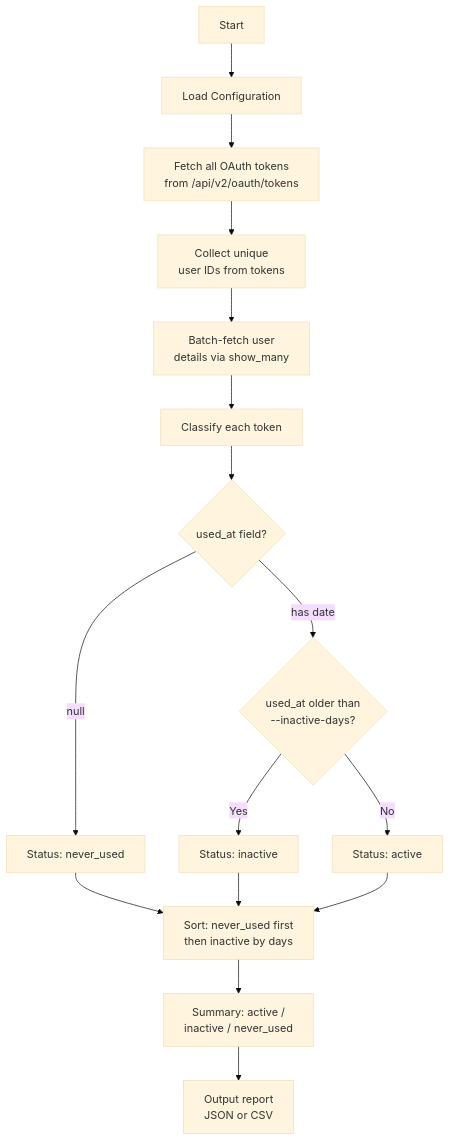
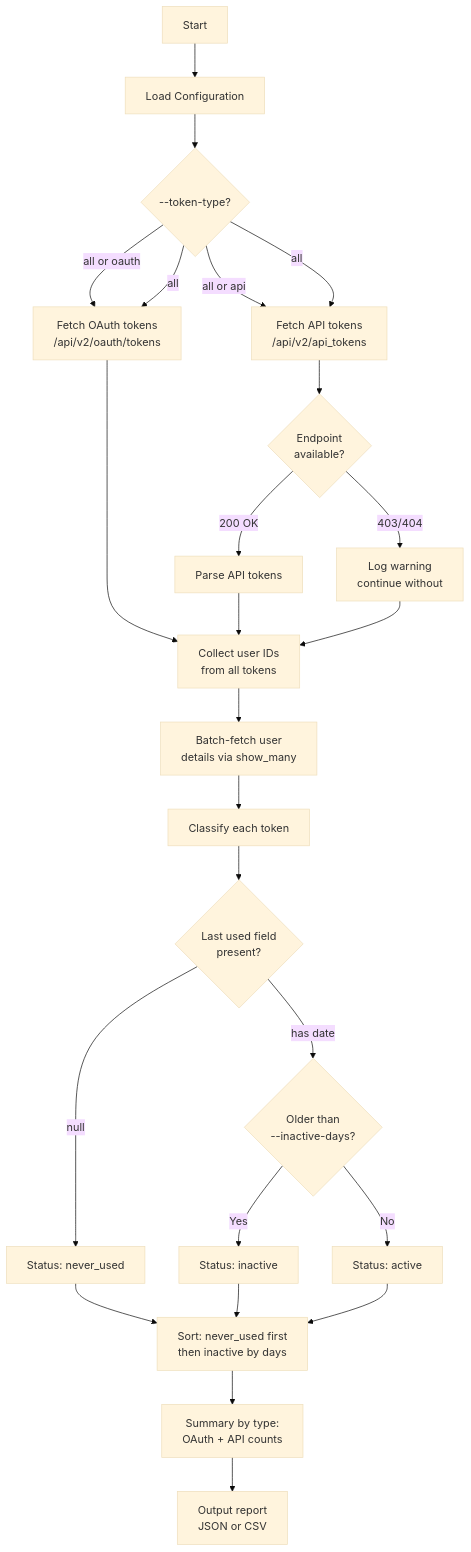
The ninth of 9 diagrams in README.md (mohdasim/Zendesk-Admin-Management-Scripts), drawn with Mermaid (base theme) before and after one commit. The commit also changed other lines of this file and 1 other file, not shown here.

First line of the commit message:
Update token auditor to audit both OAuth and API tokens

````diff
--- a/README.md
+++ b/README.md
@@ -550,16 +556,24 @@
 ```mermaid
 flowchart TD
     A[Start] --> B[Load Configuration]
-    B --> C[Fetch all OAuth tokens<br/>from /api/v2/oauth/tokens]
-    C --> D[Collect unique<br/>user IDs from tokens]
-    D --> E[Batch-fetch user<br/>details via show_many]
-    E --> F[Classify each token]
-    F --> G{used_at field?}
-    G -->|null| H["Status: never_used"]
-    G -->|has date| I{"used_at older than<br/>--inactive-days?"}
-    I -->|Yes| J["Status: inactive"]
-    I -->|No| K["Status: active"]
-    H & J & K --> L[Sort: never_used first<br/>then inactive by days]
-    L --> M[Summary: active /<br/>inactive / never_used]
-    M --> N[Output report<br/>JSON or CSV]
+    B --> C{--token-type?}
+    C -->|all or oauth| D[Fetch OAuth tokens<br/>/api/v2/oauth/tokens]
+    C -->|all or api| E[Fetch API tokens<br/>/api/v2/api_tokens]
+    C -->|all| D & E
+    E --> F{Endpoint<br/>available?}
+    F -->|200 OK| G[Parse API tokens]
+    F -->|403/404| H[Log warning<br/>continue without]
+    D --> I[Collect user IDs<br/>from all tokens]
+    G --> I
+    H --> I
+    I --> J[Batch-fetch user<br/>details via show_many]
+    J --> K[Classify each token]
+    K --> L{Last used field<br/>present?}
+    L -->|null| M["Status: never_used"]
+    L -->|has date| N{"Older than<br/>--inactive-days?"}
+    N -->|Yes| O["Status: inactive"]
+    N -->|No| P["Status: active"]
+    M & O & P --> Q[Sort: never_used first<br/>then inactive by days]
+    Q --> R[Summary by type:<br/>OAuth + API counts]
+    R --> S[Output report<br/>JSON or CSV]
 ```
````
